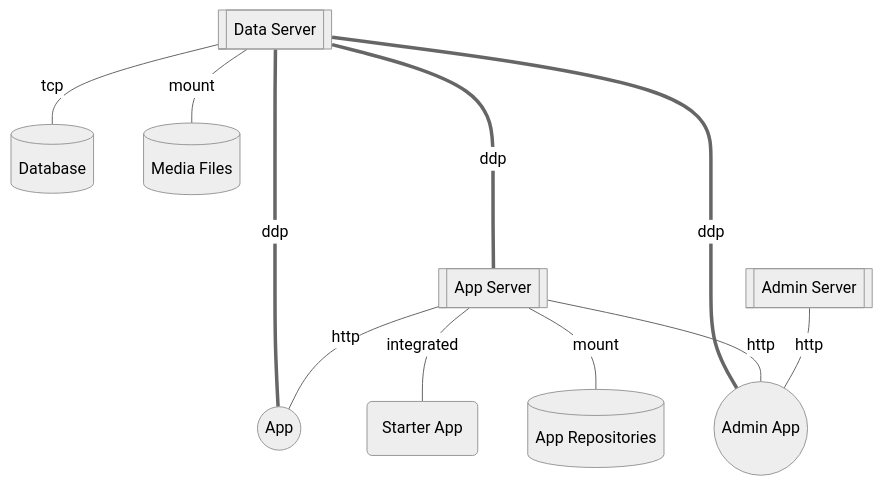
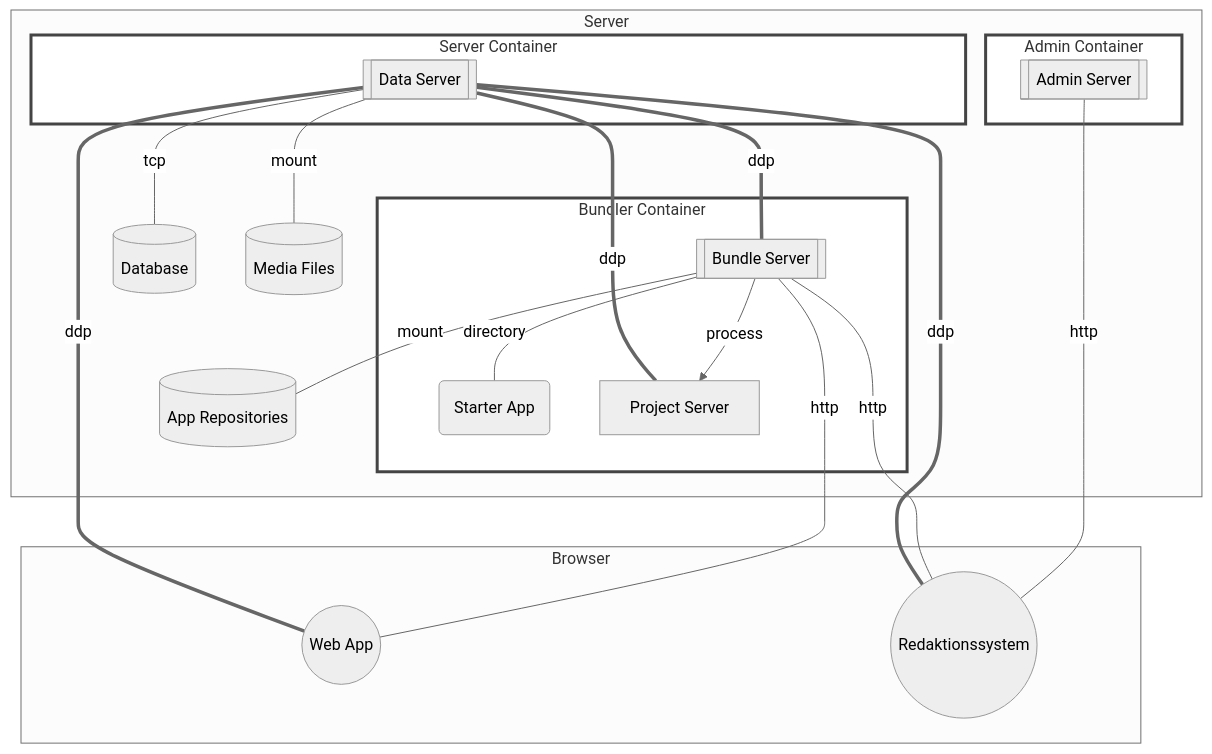
Before and after one commit to tewendel/interkit-masterarbeit: the diagram in sites/docs/src/routes/theory/server-architecture.md, drawn with Mermaid (neutral theme).

`````diff
--- a/sites/docs/src/routes/theory/server-architecture.md
+++ b/sites/docs/src/routes/theory/server-architecture.md
@@ -3,29 +3,48 @@
 ````mermaid
 graph TD
 
-    server[[Data Server]]
-    bundler[[App Server]]
-    admin[[Admin Server]]
+    subgraph c0 [Server]
+    subgraph c1 [Server Container]
+        server[[Data Server]]
+    end
+    subgraph c2 [Bundler Container]
+        bundler[[Bundle Server]]
+        starter(Starter App)
+        projectserver[Project Server]
+    end
+    subgraph c3 [Admin Container]
+        admin[[Admin Server]]
+    end
+        
 
-    app(( App ))
-    redaktion((Admin App))
-    
     db[(Database)]
     media[(Media Files)]
-    starter(Starter App)
     repositories[(App Repositories)]
+    end
 
-    server ==== |ddp| bundler
-    server ==== |ddp| app
-    server ==== |ddp| redaktion 
+    subgraph Browser
+    app(( Web App ))
+    redaktion((Redaktionssystem))
+    end
+
+    server === |ddp| bundler
+    server === |ddp| app
+    server === |ddp| redaktion 
+    server === |ddp| projectserver
 
     server --- |tcp| db
     server --- |mount| media
 
     bundler --- |http| app
-    bundler --- |integrated| starter
+    bundler --- |directory| starter
     bundler --- |mount| repositories
     bundler --- |http| redaktion
+    bundler --> |process| projectserver
 
-    admin --- |http| redaktion
+    admin ----- |http| redaktion
+        
+    class c1,c2,c3 container;
+    classDef container fill:#fff,stroke:#444,stroke-width:3px
+    classDef server fill:#eee
+        
 ````
`````
